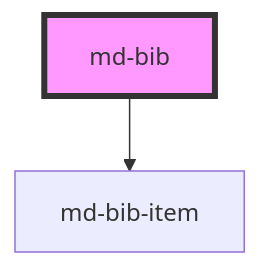
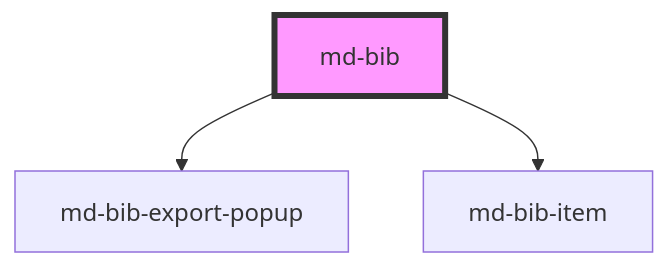
One commit to mjwsteenbergen/markender changed the diagram in components/src/components/md-bib/readme.md. Above: the diagram before and after it, drawn with Mermaid. The commit also changed other lines of this file and 8 other files, not shown here.

````diff
--- a/components/src/components/md-bib/readme.md
+++ b/components/src/components/md-bib/readme.md
@@ -60,5 +61,6 @@
 ```mermaid
 graph TD;
+  md-bib --> md-bib-export-popup
   md-bib --> md-bib-item
   style md-bib fill:#f9f,stroke:#333,stroke-width:4px
 ```
````
